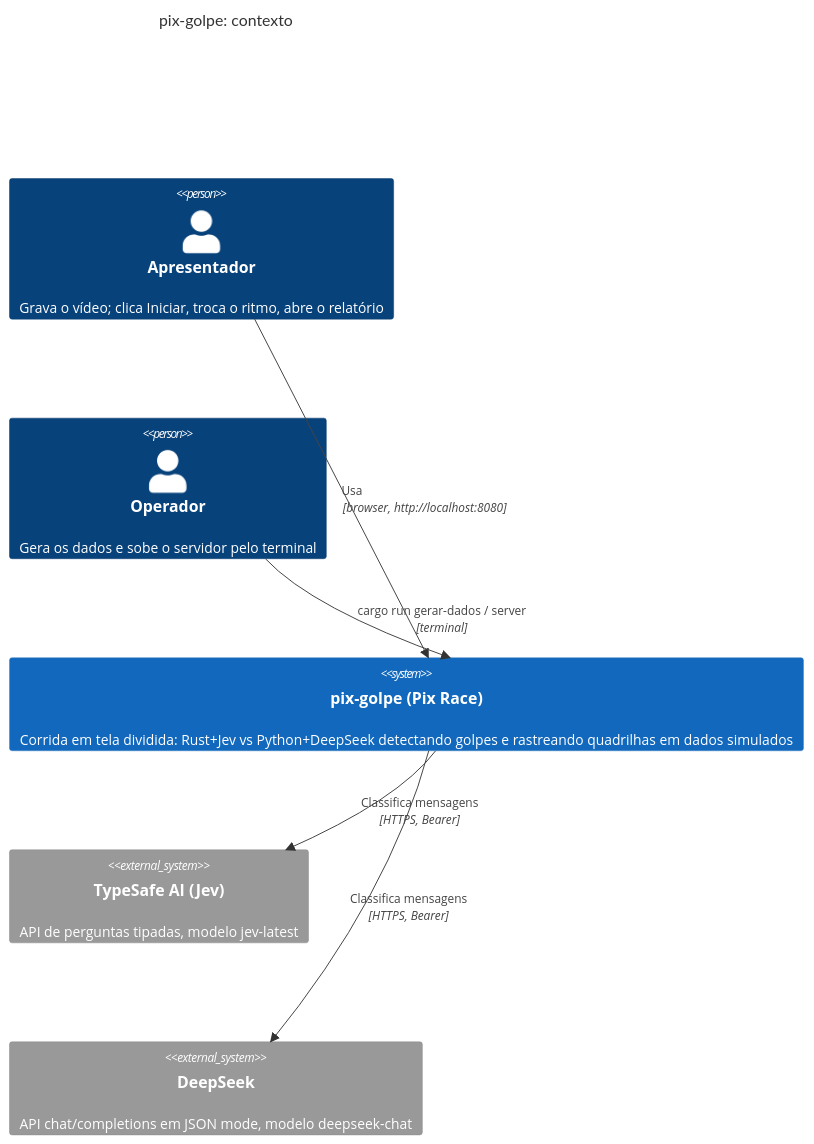
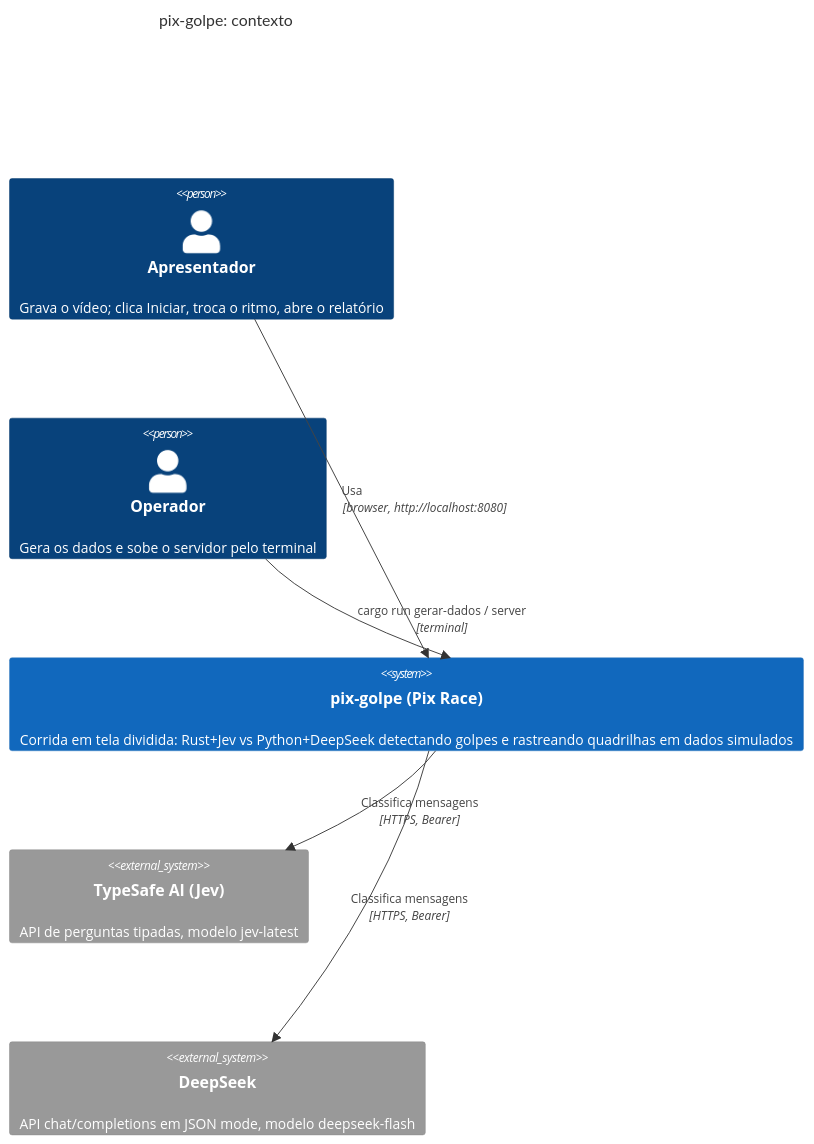
Before and after one commit to sandeco/pix-golpe: the diagram in _reversa_sdd/c4-context.md, drawn with Mermaid. The commit also changed 7 other files, not shown here.

First line of the commit message:
Troca deepseek-chat por deepseek-flash nas specs e no README do paper

````diff
--- a/_reversa_sdd/c4-context.md
+++ b/_reversa_sdd/c4-context.md
@@ -5,13 +5,13 @@
 ```mermaid
 C4Context
     title pix-golpe: contexto
     Person(apresentador, "Apresentador", "Grava o vídeo; clica Iniciar, troca o ritmo, abre o relatório")
     Person(operador, "Operador", "Gera os dados e sobe o servidor pelo terminal")
     System(pix, "pix-golpe (Pix Race)", "Corrida em tela dividida: Rust+Jev vs Python+DeepSeek detectando golpes e rastreando quadrilhas em dados simulados")
     System_Ext(jev, "TypeSafe AI (Jev)", "API de perguntas tipadas, modelo jev-latest")
-    System_Ext(deepseek, "DeepSeek", "API chat/completions em JSON mode, modelo deepseek-chat")
+    System_Ext(deepseek, "DeepSeek", "API chat/completions em JSON mode, modelo deepseek-flash")
     Rel(apresentador, pix, "Usa", "browser, http://localhost:8080")
     Rel(operador, pix, "cargo run gerar-dados / server", "terminal")
     Rel(pix, jev, "Classifica mensagens", "HTTPS, Bearer")
     Rel(pix, deepseek, "Classifica mensagens", "HTTPS, Bearer")
 ```
````
